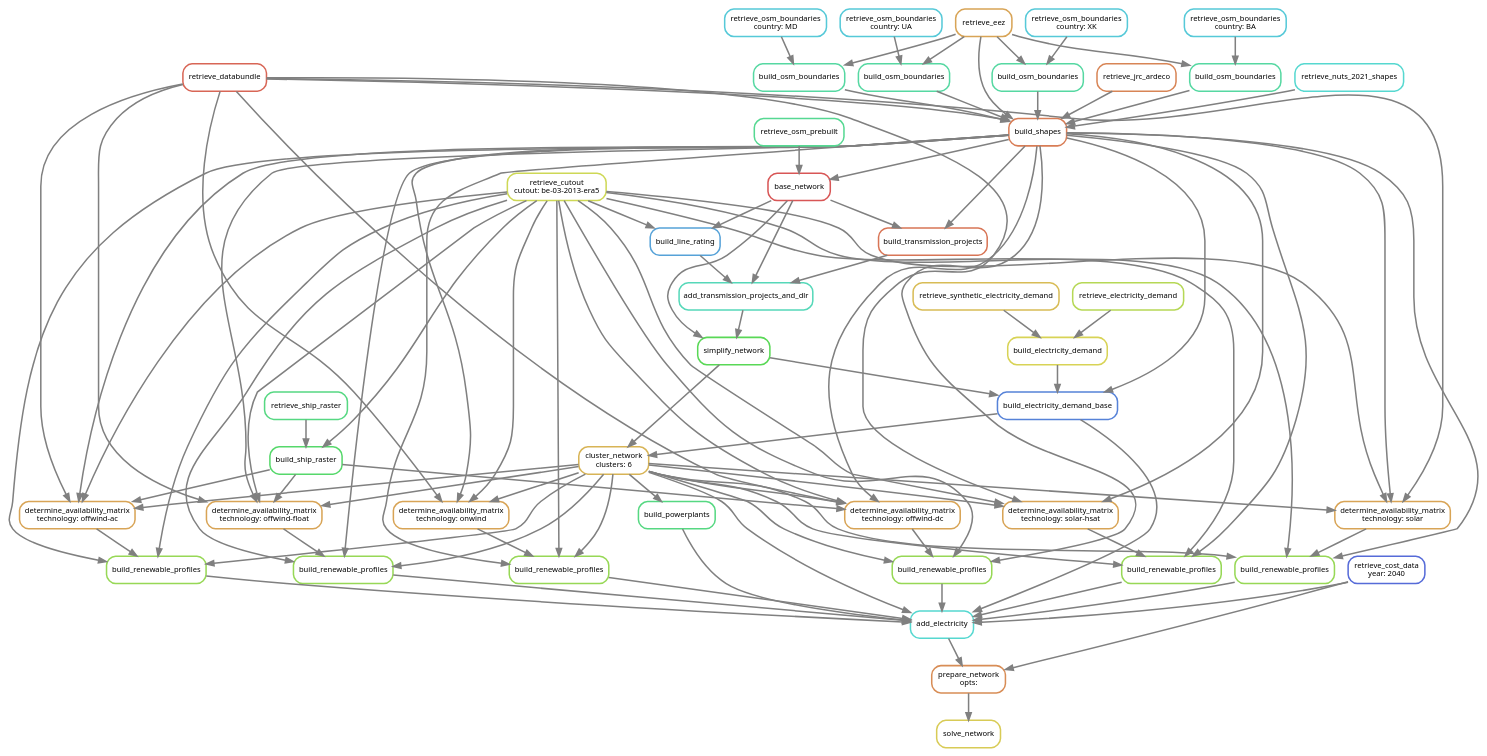
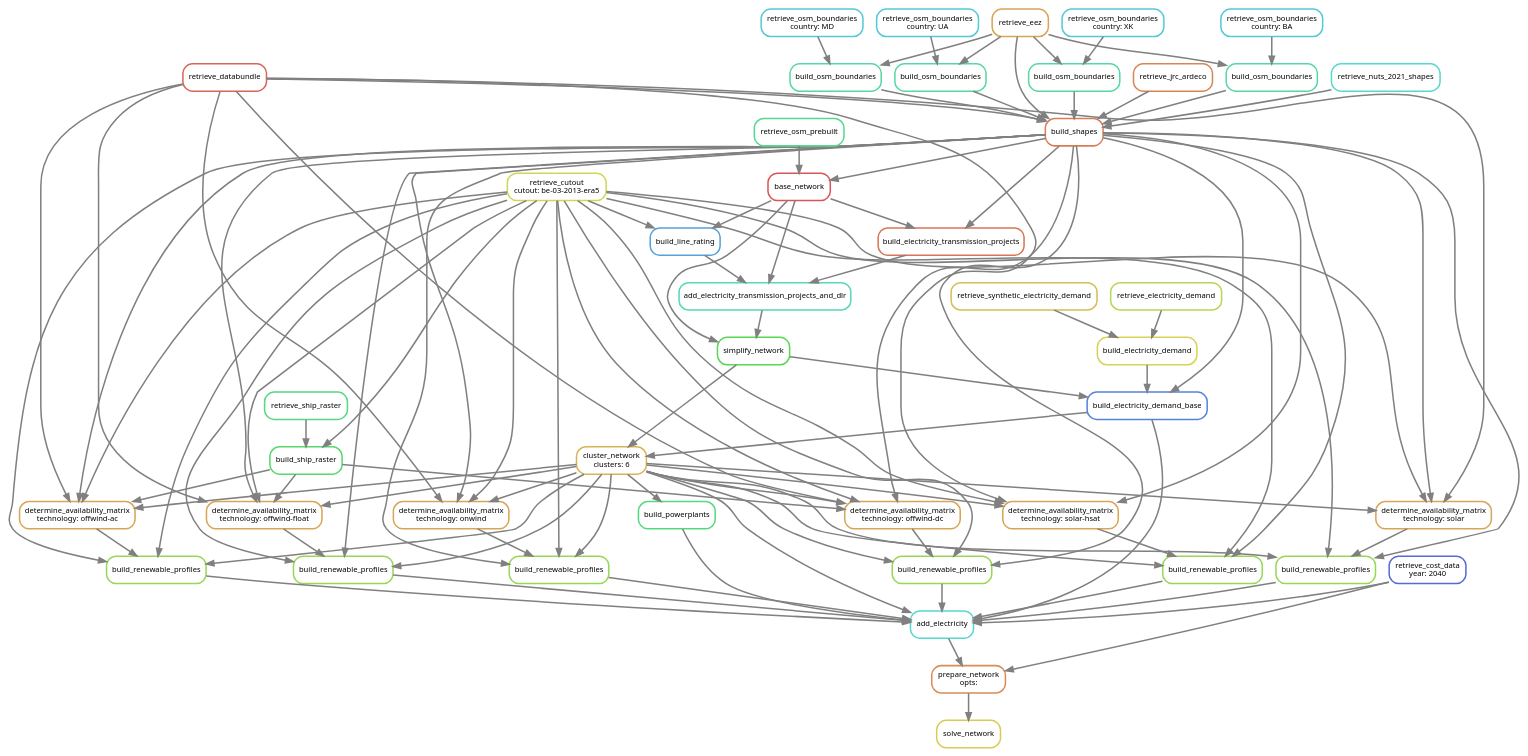
Before and after one commit to PyPSA/pypsa-eur: the diagram in doc/tutorial.rst, drawn with Graphviz. The commit also changed other lines of this file and 5 other files, not shown here.

Commit message:
Added prefix electricity_ to rules/scripts/docs of add_transmission_projects_and_dlr and build_transmission projects for clarity.

```diff
--- a/doc/tutorial.rst
+++ b/doc/tutorial.rst
@@ -172,12 +172,12 @@
             17[label = "retrieve_jrc_ardeco", color = "0.06 0.6 0.85", style="rounded"];
             18[label = "cluster_network\nclusters: 6", color = "0.12 0.6 0.85", style="rounded"];
             19[label = "simplify_network", color = "0.33 0.6 0.85", style="rounded"];
-            20[label = "add_transmission_projects_and_dlr", color = "0.46 0.6 0.85", style="rounded"];
+            20[label = "add_electricity_transmission_projects_and_dlr", color = "0.46 0.6 0.85", style="rounded"];
             21[label = "base_network", color = "0.00 0.6 0.85", style="rounded"];
             22[label = "retrieve_osm_prebuilt", color = "0.41 0.6 0.85", style="rounded"];
             23[label = "build_line_rating", color = "0.57 0.6 0.85", style="rounded"];
             24[label = "retrieve_cutout\ncutout: be-03-2013-era5", color = "0.18 0.6 0.85", style="rounded"];
-            25[label = "build_transmission_projects", color = "0.04 0.6 0.85", style="rounded"];
+            25[label = "build_electricity_transmission_projects", color = "0.04 0.6 0.85", style="rounded"];
             26[label = "build_electricity_demand_base", color = "0.61 0.6 0.85", style="rounded"];
             27[label = "build_electricity_demand", color = "0.16 0.6 0.85", style="rounded"];
             28[label = "retrieve_electricity_demand", color = "0.21 0.6 0.85", style="rounded"];
```
